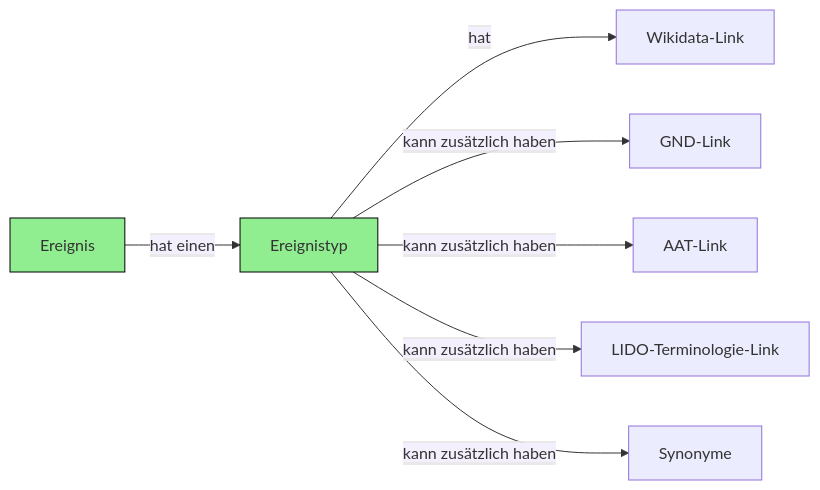
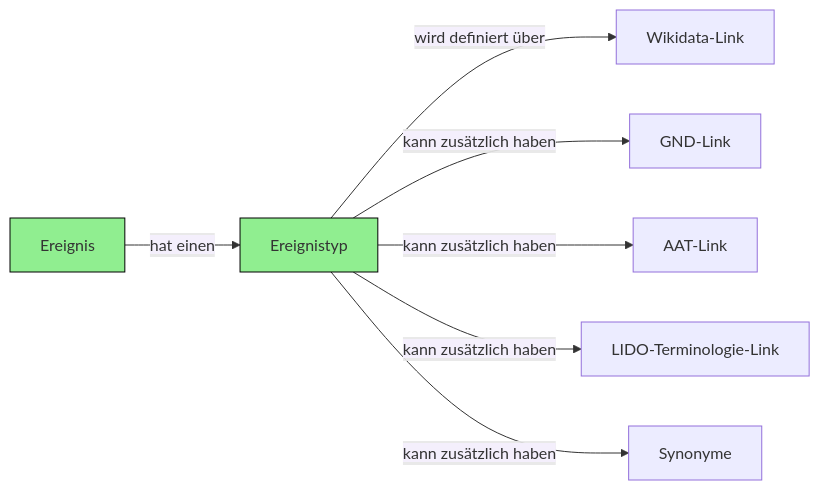
Before and after one commit to arkumu/arkumu.github.io: the eighth of 13 diagrams in ressourcen/entitaeten-und-attribute-des-datenmodells.markdown, drawn with Mermaid. The commit also changed other lines of this file, not shown here.

```diff
--- a/ressourcen/entitaeten-und-attribute-des-datenmodells.markdown
+++ b/ressourcen/entitaeten-und-attribute-des-datenmodells.markdown
@@ -208,11 +211,11 @@
 <pre class="mermaid">
 flowchart LR;
     Ereignis-- <span style="background-color: #f4effc">hat einen</span> --> Ereignistyp
-    Ereignistyp-- <span style="background-color: #f4effc">hat</span> --> Wikidata-Link
+    Ereignistyp-- <span style="background-color: #f4effc">wird definiert über</span> --> Wikidata-Link
     Ereignistyp-- <span style="background-color: #f4effc">kann zusätzlich haben</span> --> GND-Link
     Ereignistyp-- <span style="background-color: #f4effc">kann zusätzlich haben</span> --> AAT-Link
     Ereignistyp-- <span style="background-color: #f4effc">kann zusätzlich haben</span> --> LIDO-Terminologie-Link
     Ereignistyp-- <span style="background-color: #f4effc">kann zusätzlich haben</span> --> Synonyme
     style Ereignis fill:#90EE90, stroke:#000000;
     style Ereignistyp fill:#90EE90, stroke:#000000;
 </pre>
```
